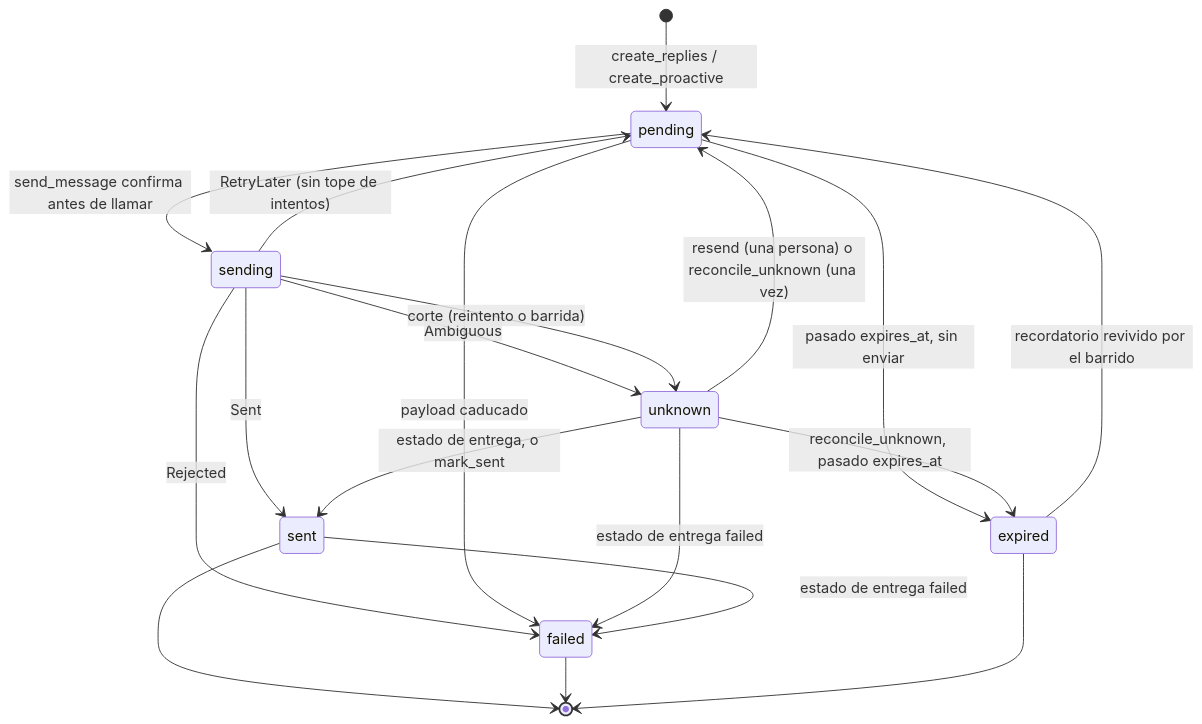
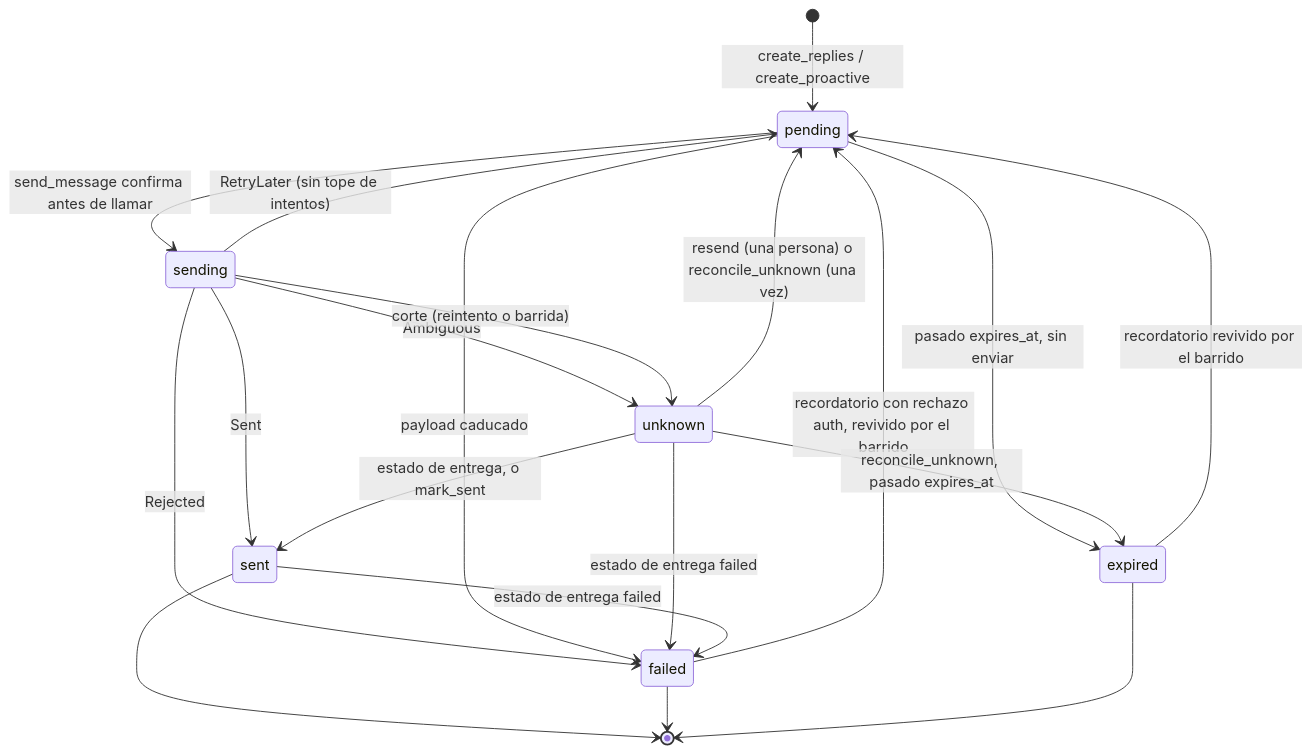
One commit to MarianodelRio/autobot changed the diagram in docs/arquitectura/efectos-e-idempotencia.md. Above: the diagram before and after it, drawn with Mermaid. The commit also changed other lines of this file and 87 other files, not shown here.

````diff
--- a/docs/arquitectura/efectos-e-idempotencia.md
+++ b/docs/arquitectura/efectos-e-idempotencia.md
@@ -19,21 +19,22 @@
 ```mermaid
 stateDiagram-v2
     [*] --> pending: create_replies / create_proactive
     pending --> sending: send_message confirma antes de llamar
     sending --> sent: Sent
     sending --> failed: Rejected
     sending --> unknown: Ambiguous
     sending --> pending: RetryLater (sin tope de intentos)
     sending --> unknown: corte (reintento o barrida)
     pending --> expired: pasado expires_at, sin enviar
     expired --> pending: recordatorio revivido por el barrido
+    failed --> pending: recordatorio con rechazo auth, revivido por el barrido
     pending --> failed: payload caducado
     unknown --> sent: estado de entrega, o mark_sent
     unknown --> failed: estado de entrega failed
     unknown --> pending: resend (una persona) o reconcile_unknown (una vez)
     unknown --> expired: reconcile_unknown, pasado expires_at
     sent --> failed: estado de entrega failed
     sent --> [*]
     failed --> [*]
     expired --> [*]
 ```
````
